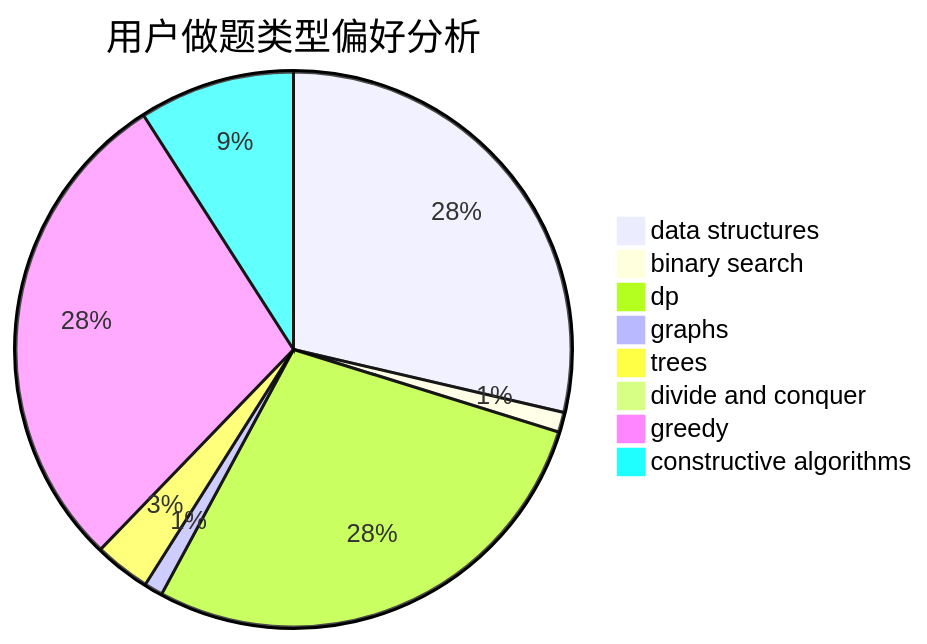
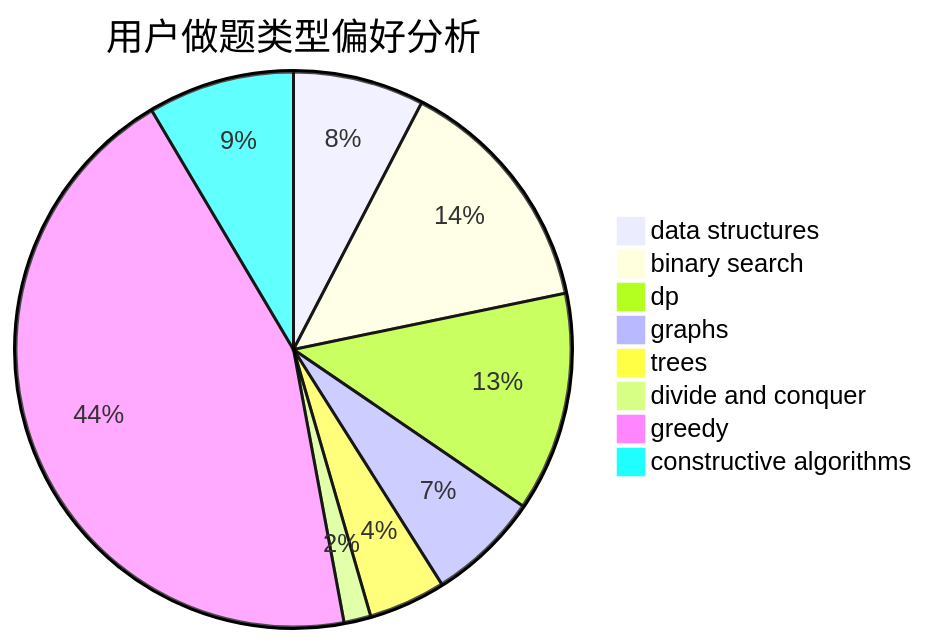
Before and after one commit to sherpahu/cfrs.github.io: the second of 3 diagrams in docs/user/u1776.md, drawn with Mermaid. The commit also changed other lines of this file and 2770 other files, not shown here.

````diff
--- a/docs/user/u1776.md
+++ b/docs/user/u1776.md
@@ -23,11 +23,11 @@
 ```mermaid
 pie title 用户做题类型偏好分析
-    "data structures" :  395
-    "binary search" :  16
-    "dp" :  387
-    "graphs" :  15
-    "trees" :  45
-    "divide and conquer" :  11
-    "greedy" :  396
-    "constructive algorithms" :  125
+    "data structures" :  34
+    "binary search" :  63
+    "dp" :  57
+    "graphs" :  29
+    "trees" :  20
+    "divide and conquer" :  7
+    "greedy" :  198
+    "constructive algorithms" :  38
 ```
````
